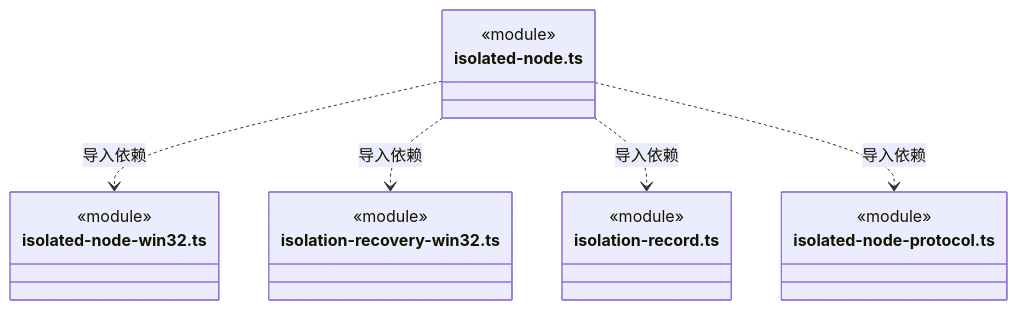
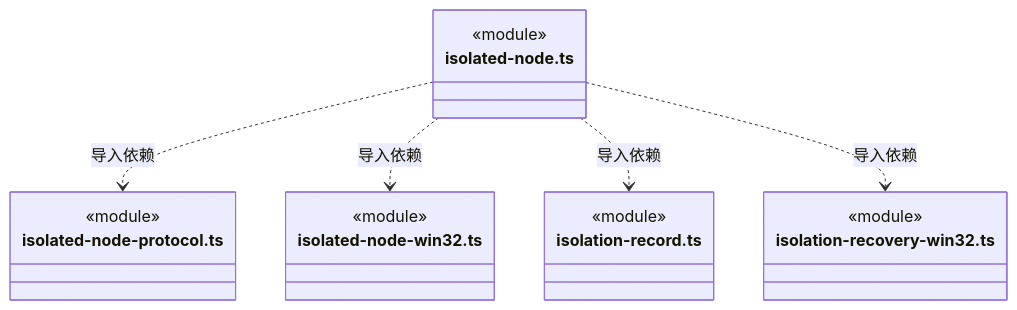
One commit to nan023062/cbim changed diagram 14 of 15 in src/logic/file-operations/platform/isolation/ARCHITECTURE.md. Above: the diagram before and after it, drawn with Mermaid. The commit also changed other lines of this file and 112 other files, not shown here.

Commit message:
docs: align source architecture with current declarations and contracts

````diff
--- a/src/logic/file-operations/platform/isolation/ARCHITECTURE.md
+++ b/src/logic/file-operations/platform/isolation/ARCHITECTURE.md
@@ -347,22 +347,22 @@
 ```mermaid
 classDiagram
 class N_src_logic_file_operations_platform_isolation_isolated_node_ts["isolated-node.ts"] {
   <<module>>
 }
+class N_src_logic_file_operations_platform_isolation_isolated_node_protocol_ts["isolated-node-protocol.ts"] {
+  <<module>>
+}
 class N_src_logic_file_operations_platform_isolation_isolated_node_win32_ts["isolated-node-win32.ts"] {
+  <<module>>
+}
+class N_src_logic_file_operations_platform_isolation_isolation_record_ts["isolation-record.ts"] {
   <<module>>
 }
 class N_src_logic_file_operations_platform_isolation_isolation_recovery_win32_ts["isolation-recovery-win32.ts"] {
   <<module>>
 }
-class N_src_logic_file_operations_platform_isolation_isolation_record_ts["isolation-record.ts"] {
-  <<module>>
-}
-class N_src_logic_file_operations_platform_isolation_isolated_node_protocol_ts["isolated-node-protocol.ts"] {
-  <<module>>
-}
+N_src_logic_file_operations_platform_isolation_isolated_node_ts ..> N_src_logic_file_operations_platform_isolation_isolated_node_protocol_ts : 导入依赖
 N_src_logic_file_operations_platform_isolation_isolated_node_ts ..> N_src_logic_file_operations_platform_isolation_isolated_node_win32_ts : 导入依赖
+N_src_logic_file_operations_platform_isolation_isolated_node_ts ..> N_src_logic_file_operations_platform_isolation_isolation_record_ts : 导入依赖
 N_src_logic_file_operations_platform_isolation_isolated_node_ts ..> N_src_logic_file_operations_platform_isolation_isolation_recovery_win32_ts : 导入依赖
-N_src_logic_file_operations_platform_isolation_isolated_node_ts ..> N_src_logic_file_operations_platform_isolation_isolation_record_ts : 导入依赖
-N_src_logic_file_operations_platform_isolation_isolated_node_ts ..> N_src_logic_file_operations_platform_isolation_isolated_node_protocol_ts : 导入依赖
 ```
````
